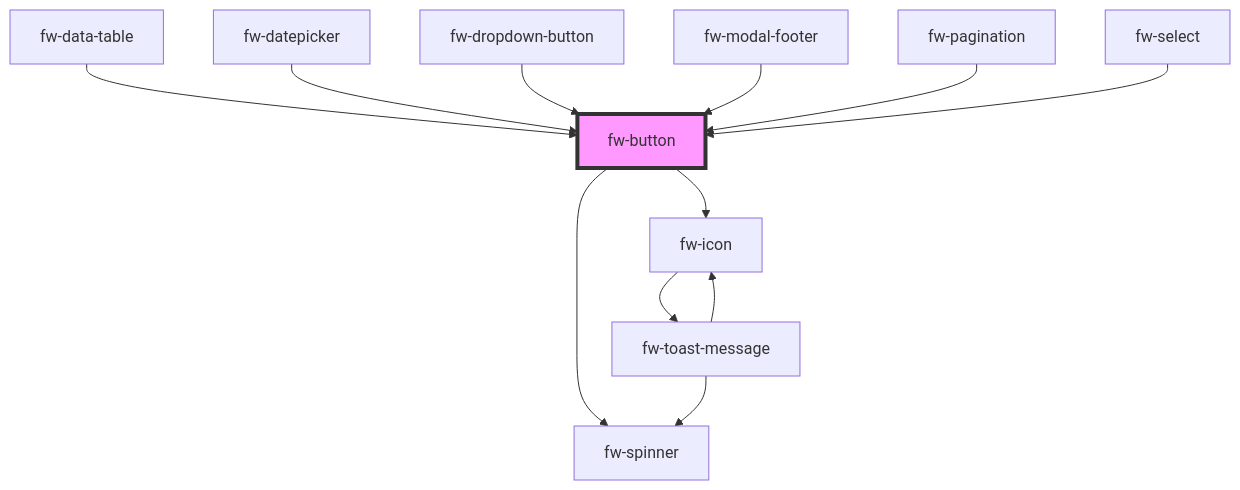
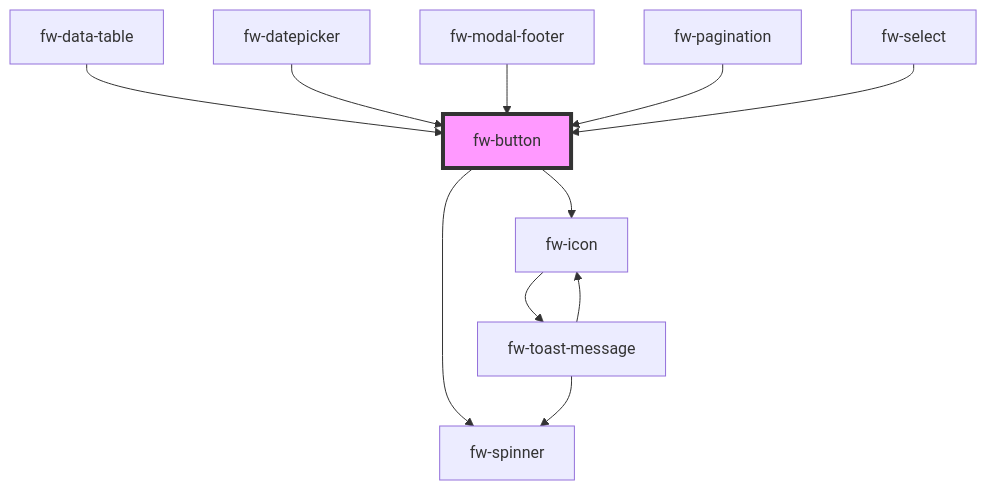
Before and after one commit to freshworks/crayons: the diagram in packages/crayons-core/src/components/button/readme.md, drawn with Mermaid. The commit also changed other lines of this file and 10 other files, not shown here.

First line of the commit message:
feat(dropdown-button): removed dropdown-button and added example in popover

````diff
--- a/packages/crayons-core/src/components/button/readme.md
+++ b/packages/crayons-core/src/components/button/readme.md
@@ -328,15 +327,14 @@
 ```mermaid
 graph TD;
   fw-button --> fw-spinner
   fw-button --> fw-icon
   fw-icon --> fw-toast-message
   fw-toast-message --> fw-spinner
   fw-toast-message --> fw-icon
   fw-data-table --> fw-button
   fw-datepicker --> fw-button
-  fw-dropdown-button --> fw-button
   fw-modal-footer --> fw-button
   fw-pagination --> fw-button
   fw-select --> fw-button
   style fw-button fill:#f9f,stroke:#333,stroke-width:4px
 ```
````
